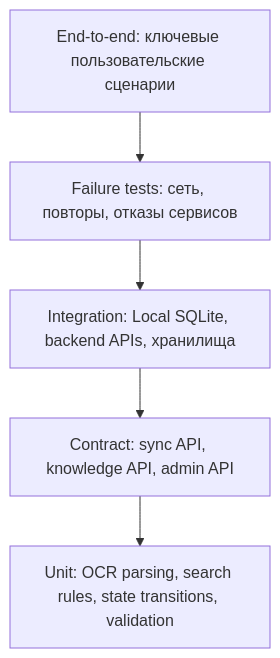
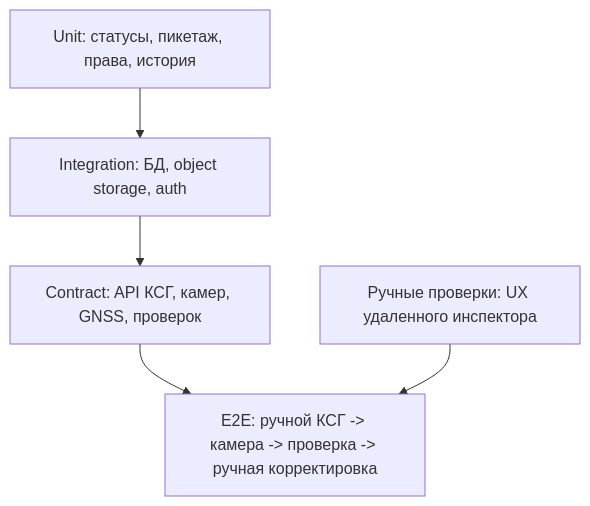
The diagram in 11-тестирование.md (s21dlemanskiy/course-work), drawn with Mermaid before and after one commit. The commit also changed other lines of this file and 19 other files, not shown here.

````diff
--- a/11-тестирование.md
+++ b/11-тестирование.md
@@ -9,13 +11,10 @@
 ```mermaid
 flowchart TD
-    E2E[End-to-end: ключевые пользовательские сценарии]
-    Failure[Failure tests: сеть, повторы, отказы сервисов]
-    Integration[Integration: Local SQLite, backend APIs, хранилища]
-    Contract[Contract: sync API, knowledge API, admin API]
-    Unit[Unit: OCR parsing, search rules, state transitions, validation]
-
-    E2E --> Failure
-    Failure --> Integration
-    Integration --> Contract
-    Contract --> Unit
+    E2E[E2E: ручной КСГ -> камера -> проверка -> ручная корректировка]
+    Contract[Contract: API КСГ, камер, GNSS, проверок]
+    Integration[Integration: БД, object storage, auth]
+    Unit[Unit: статусы, пикетаж, права, история]
+    Manual[Ручные проверки: UX удаленного инспектора]
+    Unit --> Integration --> Contract --> E2E
+    Manual --> E2E
 ```
````
